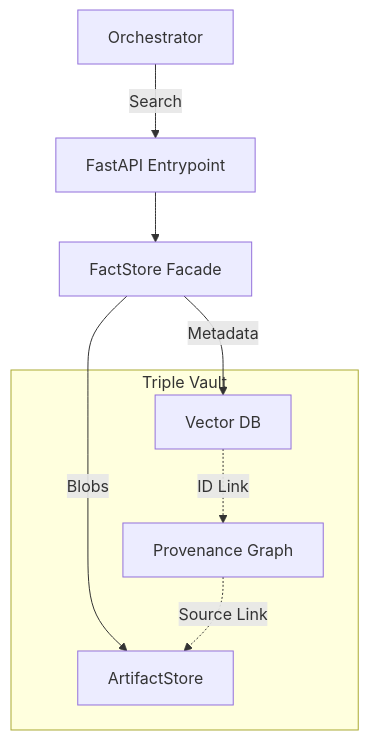
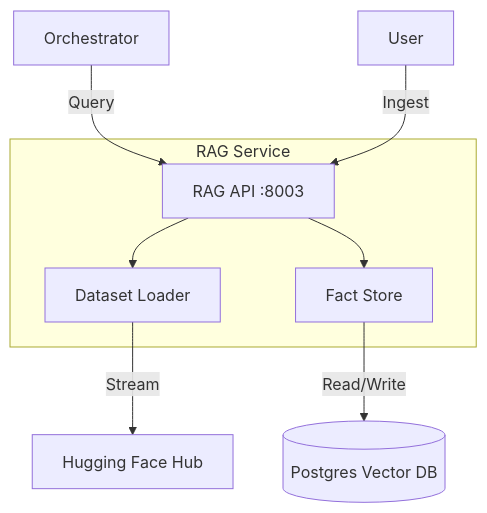
One commit to azzindani/Kea changed the diagram in services/rag_service/README.md. Above: the diagram before and after it, drawn with Mermaid. The commit also changed other lines of this file and 14 other files, not shown here.

Commit message:
feat: Introduce core services including Vault for audit logging, RAG, and foundational shared components.

````diff
--- a/services/rag_service/README.md
+++ b/services/rag_service/README.md
@@ -15,18 +13,13 @@
 ```mermaid
 graph TD
-    User[Orchestrator] -->|Search| API[FastAPI Entrypoint]
+    Client[Orchestrator] -->|Query| API[RAG API :8003]
+    Admin[User] -->|Ingest| API
     
-    API --> FactStore[FactStore Facade]
-    
-    FactStore -->|Metadata| Qdrant[Vector DB]
-    FactStore -->|Blobs| Artifacts[ArtifactStore]
-    
-    subgraph Triple Vault
-        Qdrant
-        Artifacts
-        Graph[Provenance Graph]
+    subgraph "RAG Service"
+        API --> Loader[Dataset Loader]
+        API --> Store[Fact Store]
     end
     
-    Qdrant -.->|ID Link| Graph
-    Graph -.->|Source Link| Artifacts
+    Loader -->|Stream| HF[Hugging Face Hub]
+    Store -->|Read/Write| DB[(Postgres Vector DB)]
 ```
````
